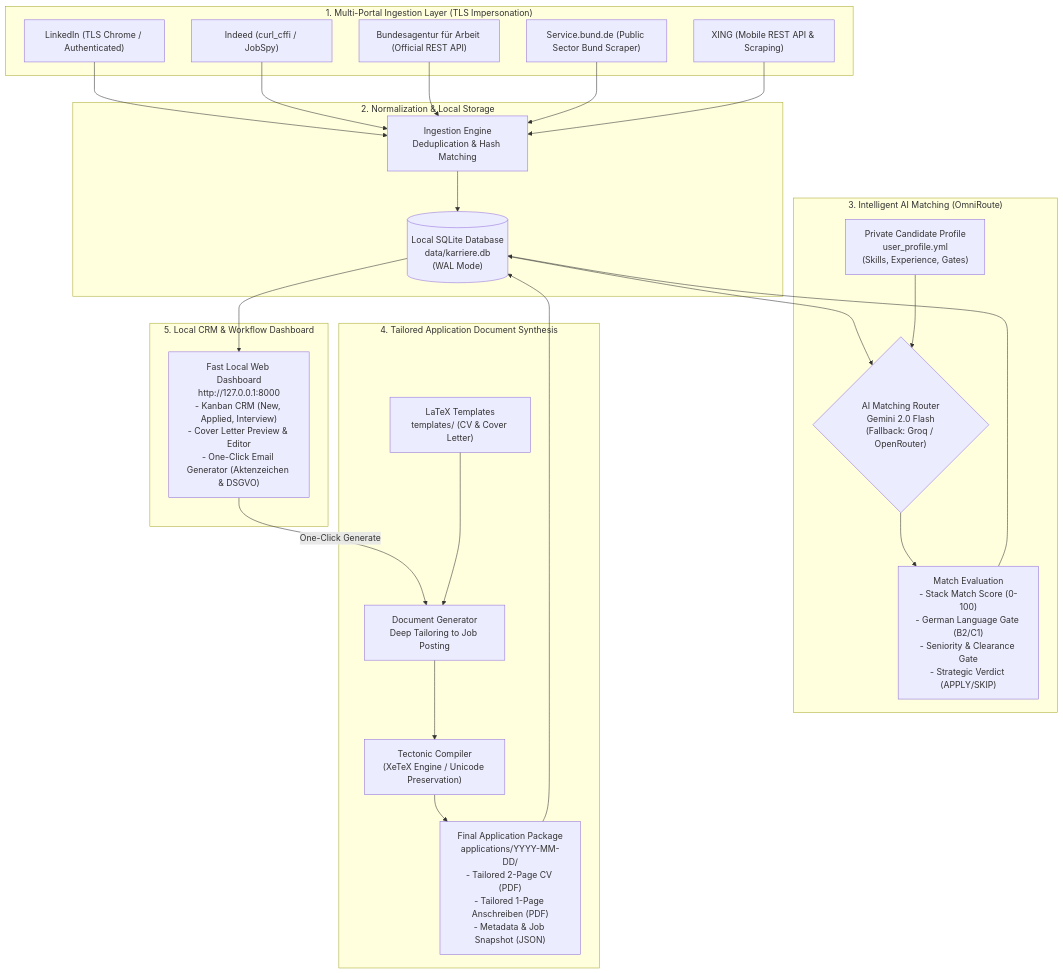
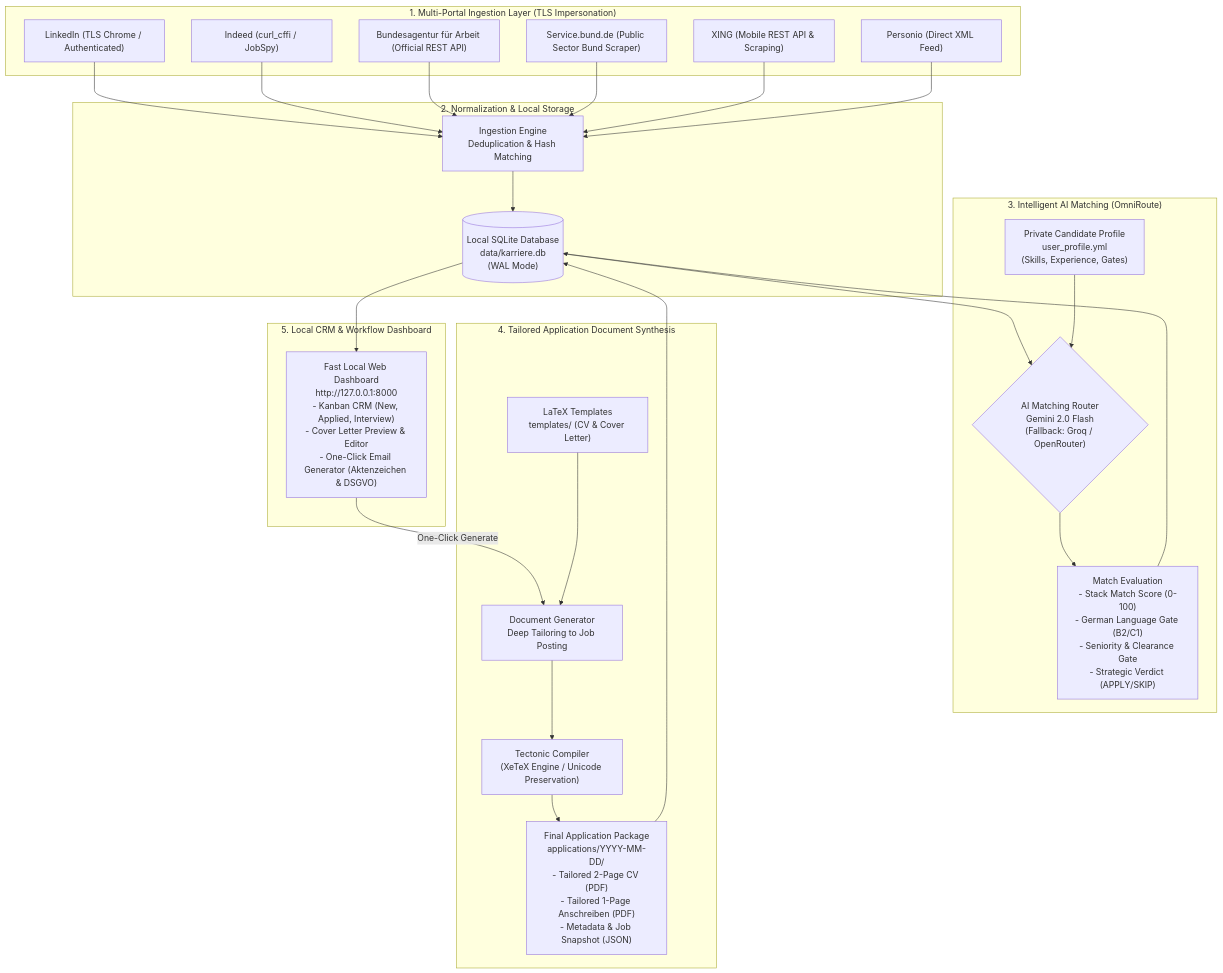
Before and after one commit to Toya62/karriere-pipeline: the diagram in README.md, drawn with Mermaid. The commit also changed other lines of this file and 2 other files, not shown here.

Commit message:
feat: add Personio direct XML feed scraper support and update documentation

````diff
--- a/README.md
+++ b/README.md
@@ -17,45 +17,46 @@
 ```mermaid
 flowchart TD
     subgraph S1["1. Multi-Portal Ingestion Layer (TLS Impersonation)"]
         P1["LinkedIn (TLS Chrome / Authenticated)"]
         P2["Indeed (curl_cffi / JobSpy)"]
         P3["Bundesagentur für Arbeit (Official REST API)"]
         P4["Service.bund.de (Public Sector Bund Scraper)"]
         P5["XING (Mobile REST API & Scraping)"]
+        P6["Personio (Direct XML Feed)"]
     end
 
     subgraph S2["2. Normalization & Local Storage"]
         INGEST["Ingestion Engine\nDeduplication & Hash Matching"]
         DB[("Local SQLite Database\ndata/karriere.db\n(WAL Mode)")]
     end
 
     subgraph S3["3. Intelligent AI Matching (OmniRoute)"]
         PROFILE["Private Candidate Profile\nuser_profile.yml\n(Skills, Experience, Gates)"]
         LLM{"AI Matching Router\nGemini 2.0 Flash\n(Fallback: Groq / OpenRouter)"}
         SCORES["Match Evaluation\n- Stack Match Score (0-100)\n- German Language Gate (B2/C1)\n- Seniority & Clearance Gate\n- Strategic Verdict (APPLY/SKIP)"]
     end
 
     subgraph S4["4. Tailored Application Document Synthesis"]
         TEMPLATES["LaTeX Templates\ntemplates/ (CV & Cover Letter)"]
         GEN["Document Generator\nDeep Tailoring to Job Posting"]
         TECTONIC["Tectonic Compiler\n(XeTeX Engine / Unicode Preservation)"]
         PDFS["Final Application Package\napplications/YYYY-MM-DD/\n- Tailored 2-Page CV (PDF)\n- Tailored 1-Page Anschreiben (PDF)\n- Metadata & Job Snapshot (JSON)"]
     end
 
     subgraph S5["5. Local CRM & Workflow Dashboard"]
         DASH["Fast Local Web Dashboard\nhttp://127.0.0.1:8000\n- Kanban CRM (New, Applied, Interview)\n- Cover Letter Preview & Editor\n- One-Click Email Generator (Aktenzeichen & DSGVO)"]
     end
 
-    P1 & P2 & P3 & P4 & P5 --> INGEST
+    P1 & P2 & P3 & P4 & P5 & P6 --> INGEST
     INGEST --> DB
     DB --> LLM
     PROFILE --> LLM
     LLM --> SCORES
     SCORES --> DB
     DB --> DASH
     DASH -->|One-Click Generate| GEN
     TEMPLATES --> GEN
     GEN --> TECTONIC
     TECTONIC --> PDFS
     PDFS --> DB
 ```
````
